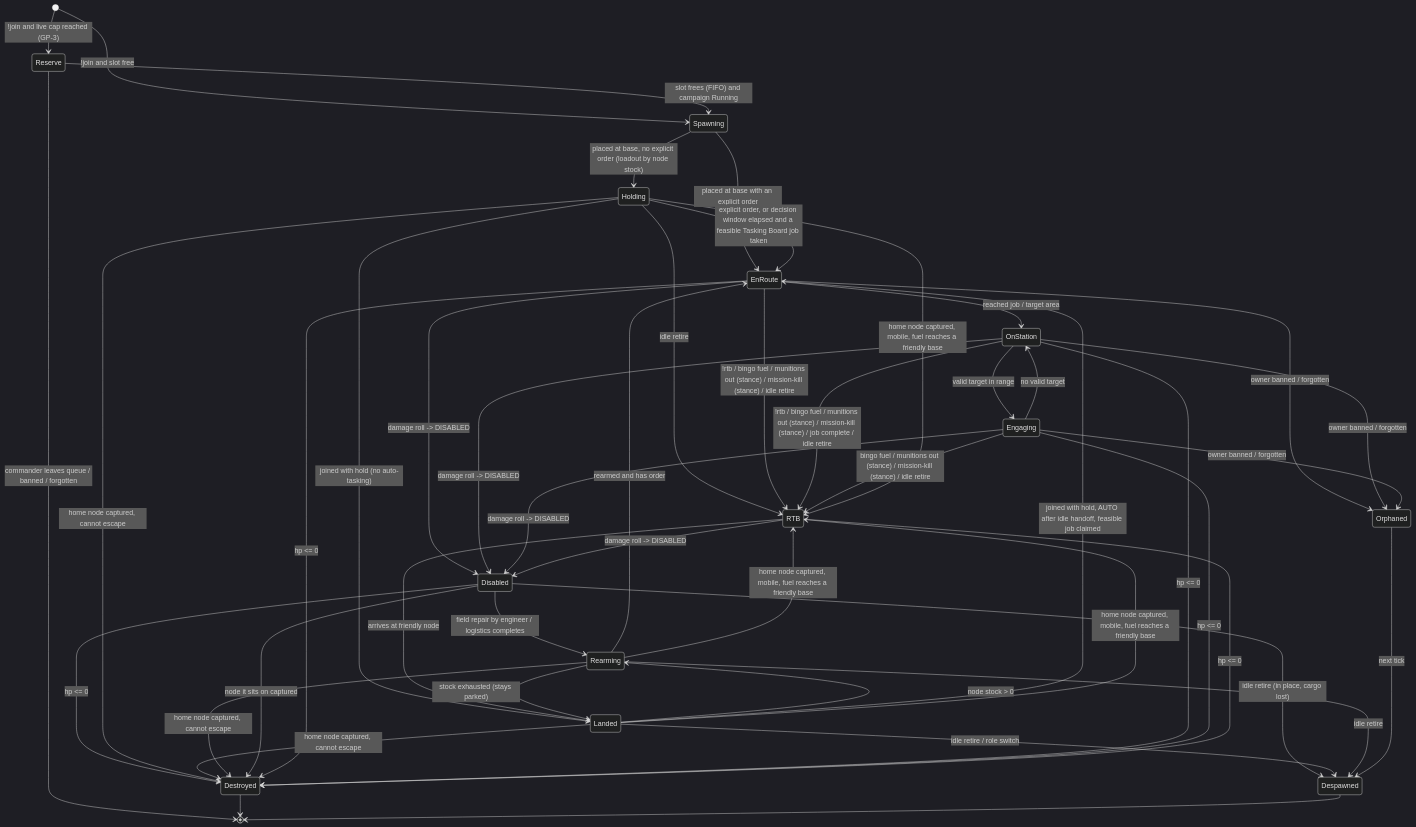
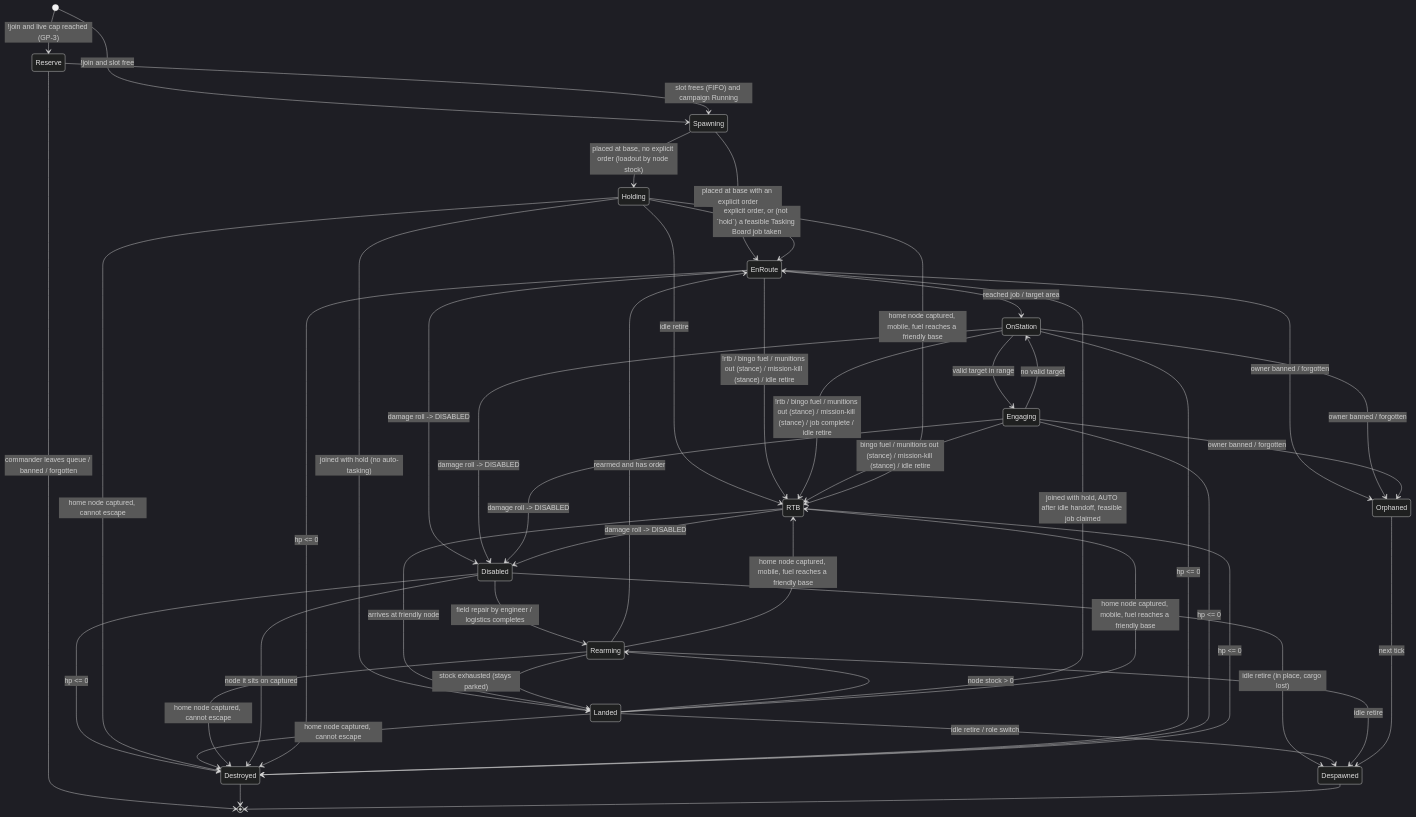
One commit to canthony224/operation-nexus changed the first of 20 diagrams in docs/specs/STATE-MACHINES-AND-FLOWS.md. Above: the diagram before and after it, drawn with Mermaid (dark theme). The commit also changed other lines of this file and 9 other files, not shown here.

````diff
--- a/docs/specs/STATE-MACHINES-AND-FLOWS.md
+++ b/docs/specs/STATE-MACHINES-AND-FLOWS.md
@@ -36,49 +36,49 @@
 ```mermaid
 stateDiagram-v2
     [*] --> Reserve: !join and live cap reached (GP-3)
     [*] --> Spawning: !join and slot free
     Reserve --> Spawning: slot frees (FIFO) and campaign Running
     Reserve --> [*]: commander leaves queue / banned / forgotten
     Spawning --> Holding: placed at base, no explicit order (loadout by node stock)
     Spawning --> EnRoute: placed at base with an explicit order
-    Holding --> EnRoute: explicit order, or decision window elapsed and a feasible Tasking Board job taken
+    Holding --> EnRoute: explicit order, or (not `hold`) a feasible Tasking Board job taken
     Holding --> Landed: joined with hold (no auto-tasking)
     Holding --> RTB: idle retire
     EnRoute --> OnStation: reached job / target area
     EnRoute --> RTB: !rtb / bingo fuel / munitions out (stance) / mission-kill (stance) / idle retire
     OnStation --> Engaging: valid target in range
     Engaging --> OnStation: no valid target
     OnStation --> RTB: !rtb / bingo fuel / munitions out (stance) / mission-kill (stance) / job complete / idle retire
     Engaging --> RTB: bingo fuel / munitions out (stance) / mission-kill (stance) / idle retire
     EnRoute --> Disabled: damage roll -> DISABLED
     OnStation --> Disabled: damage roll -> DISABLED
     Engaging --> Disabled: damage roll -> DISABLED
     RTB --> Disabled: damage roll -> DISABLED
     Disabled --> Rearming: field repair by engineer / logistics completes
     Disabled --> Destroyed: hp <= 0
     Disabled --> Despawned: idle retire (in place, cargo lost)
     RTB --> Landed: arrives at friendly node
     Landed --> Rearming: node stock > 0
     Rearming --> EnRoute: rearmed and has order
     Rearming --> Landed: stock exhausted (stays parked)
     Landed --> Despawned: idle retire / role switch
     Landed --> EnRoute: joined with hold, AUTO after idle handoff, feasible job claimed
     Holding --> RTB: home node captured, mobile, fuel reaches a friendly base
     Landed --> RTB: home node captured, mobile, fuel reaches a friendly base
     Rearming --> RTB: home node captured, mobile, fuel reaches a friendly base
     Holding --> Destroyed: home node captured, cannot escape
     Landed --> Destroyed: home node captured, cannot escape
     Rearming --> Destroyed: home node captured, cannot escape
     Disabled --> Destroyed: node it sits on captured
     Rearming --> Despawned: idle retire
     EnRoute --> Destroyed: hp <= 0
     OnStation --> Destroyed: hp <= 0
     Engaging --> Destroyed: hp <= 0
     RTB --> Destroyed: hp <= 0
     EnRoute --> Orphaned: owner banned / forgotten
     OnStation --> Orphaned: owner banned / forgotten
     Engaging --> Orphaned: owner banned / forgotten
     Orphaned --> Despawned: next tick
     Destroyed --> [*]
     Despawned --> [*]
 ```
````
